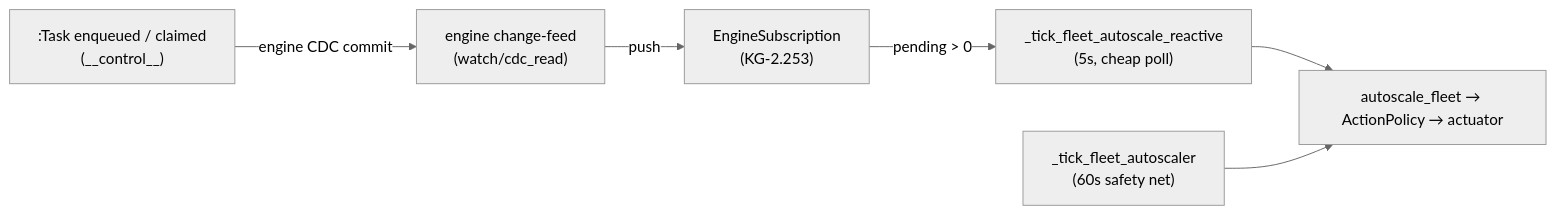
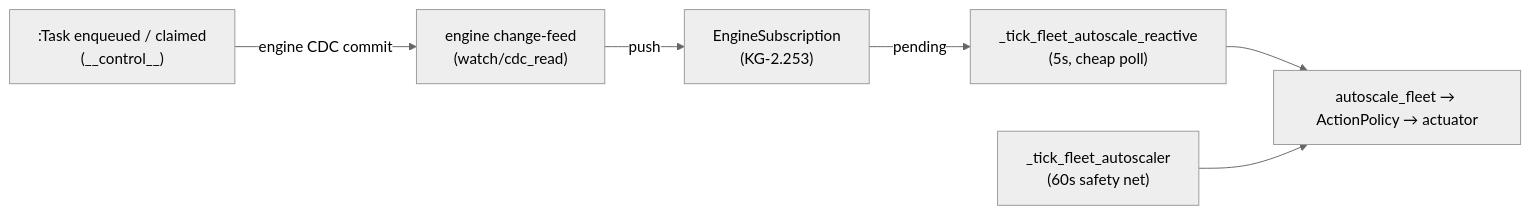
One commit to Knuckles-Team/agent-utilities changed the second of 2 diagrams in docs/architecture/fleet_autonomy.md. Above: the diagram before and after it, drawn with Mermaid (neutral theme).

Commit message:
fix(reactive): quote-safe Mermaid edge label in fleet_autonomy.md (drop '>' that broke check-mermaid)

````diff
--- a/docs/architecture/fleet_autonomy.md
+++ b/docs/architecture/fleet_autonomy.md
@@ -284,8 +284,8 @@
 ```mermaid
 flowchart LR
     TASK[":Task enqueued / claimed\n(__control__)"] -->|engine CDC commit| FEED["engine change-feed\n(watch/cdc_read)"]
     FEED -->|push| SUB["EngineSubscription\n(KG-2.253)"]
-    SUB -->|pending > 0| RX["_tick_fleet_autoscale_reactive\n(5s, cheap poll)"]
+    SUB -->|pending| RX["_tick_fleet_autoscale_reactive\n(5s, cheap poll)"]
     RX --> EVAL["autoscale_fleet → ActionPolicy → actuator"]
     TIMER["_tick_fleet_autoscaler\n(60s safety net)"] --> EVAL
 ```
````
